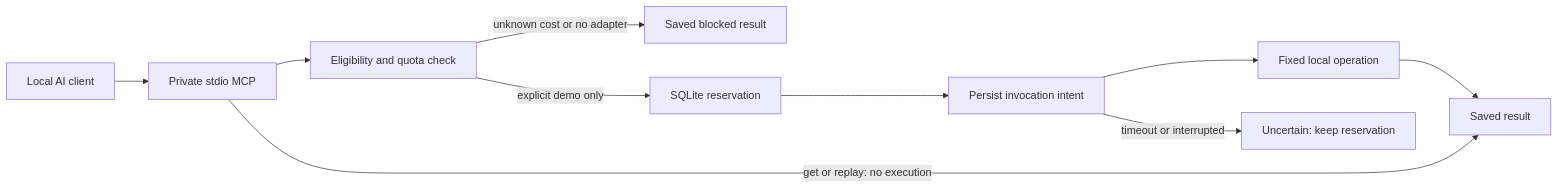
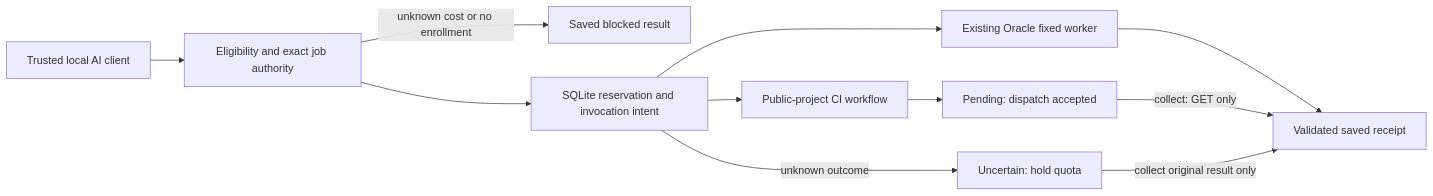
One commit to bmartynowicz/picard-relay changed the diagram in experimental/compute-broker/README.md. Above: the diagram before and after it, drawn with Mermaid. The commit also changed other lines of this file and 36 other files, not shown here.

Commit message:
Add disabled Oracle and public-project CI execution adapters

````diff
--- a/experimental/compute-broker/README.md
+++ b/experimental/compute-broker/README.md
@@ -21,12 +19,13 @@
 ```mermaid
 flowchart LR
-  Agent[Local AI client] --> MCP[Private stdio MCP]
-  MCP --> Policy[Eligibility and quota check]
-  Policy -->|unknown cost or no adapter| Block[Saved blocked result]
-  Policy -->|explicit demo only| Ledger[SQLite reservation]
-  Ledger --> Intent[Persist invocation intent]
-  Intent --> Fixture[Fixed local operation]
-  Fixture --> Result[Saved result]
-  Intent -->|timeout or interrupted| Stop[Uncertain: keep reservation]
-  MCP -->|get or replay: no execution| Result
+  Agent[Trusted local AI client] --> Plan[Eligibility and exact job authority]
+  Plan -->|unknown cost or no enrollment| Block[Saved blocked result]
+  Plan --> Ledger[SQLite reservation and invocation intent]
+  Ledger --> Oracle[Existing Oracle fixed worker]
+  Ledger --> GitHub[Public-project CI workflow]
+  Oracle --> Receipt[Validated saved receipt]
+  GitHub --> Pending[Pending: dispatch accepted]
+  Pending -->|collect: GET only| Receipt
+  Ledger -->|unknown outcome| Uncertain[Uncertain: hold quota]
+  Uncertain -->|collect original result only| Receipt
 ```
````
